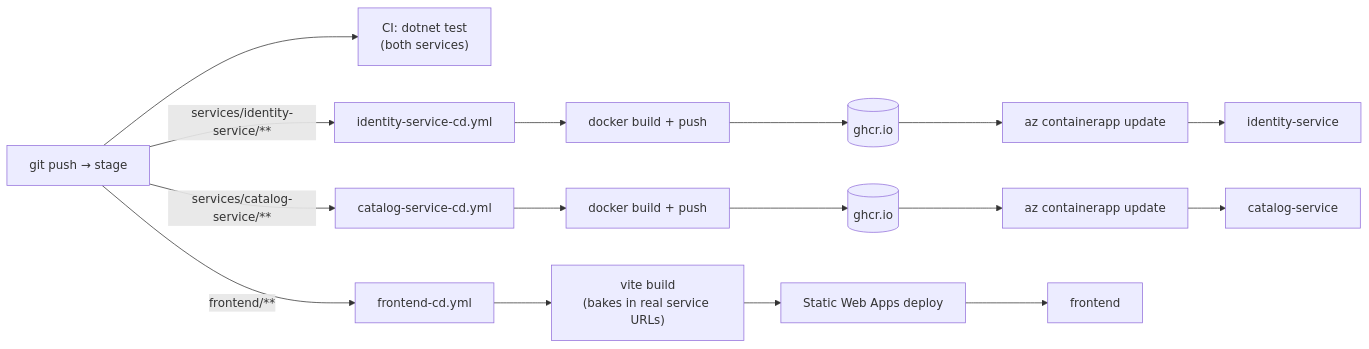
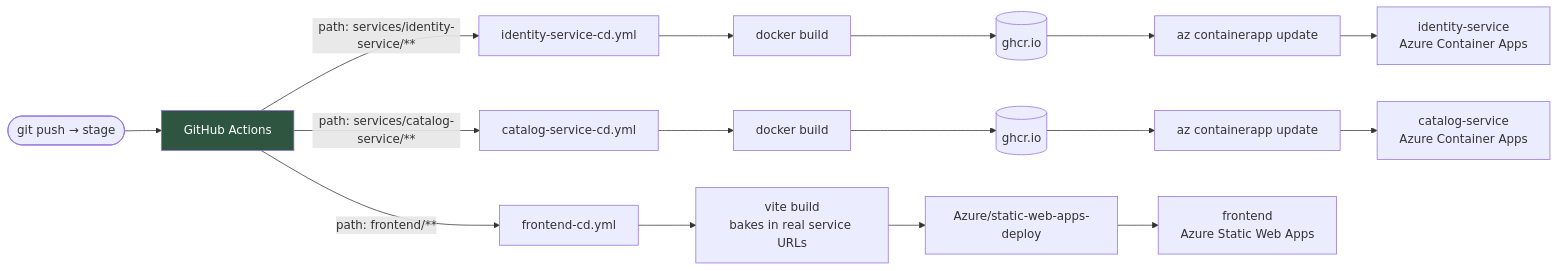
The fourth of 4 diagrams in PROJECT.md (RamishFatimaa/AcmeCatalog), drawn with Mermaid before and after one commit. The commit also changed other lines of this file, not shown here.

First line of the commit message:
Fix real inaccuracy in PROJECT.md's CI/CD documentation

````diff
--- a/PROJECT.md
+++ b/PROJECT.md
@@ -185,11 +233,14 @@
 ```mermaid
 flowchart LR
-    Push["git push → stage"] --> CI["CI: dotnet test<br/>(both services)"]
-    Push -->|"services/identity-service/**"| ICD["identity-service-cd.yml"]
-    Push -->|"services/catalog-service/**"| CCD["catalog-service-cd.yml"]
-    Push -->|"frontend/**"| FCD["frontend-cd.yml"]
+    Push(["git push → stage"]) --> GHA["GitHub Actions"]
 
-    ICD --> Build1["docker build + push"] --> GHCR1[("ghcr.io")] --> Deploy1["az containerapp update"] --> CA1["identity-service"]
-    CCD --> Build2["docker build + push"] --> GHCR2[("ghcr.io")] --> Deploy2["az containerapp update"] --> CA2["catalog-service"]
-    FCD --> Build3["vite build<br/>(bakes in real service URLs)"] --> Deploy3["Static Web Apps deploy"] --> SWA["frontend"]
+    GHA -->|"path: services/identity-service/**"| ICD["identity-service-cd.yml"]
+    GHA -->|"path: services/catalog-service/**"| CCD["catalog-service-cd.yml"]
+    GHA -->|"path: frontend/**"| FCD["frontend-cd.yml"]
+
+    ICD --> B1["docker build"] --> G1[("ghcr.io")] --> D1["az containerapp update"] --> R1["identity-service<br/>Azure Container Apps"]
+    CCD --> B2["docker build"] --> G2[("ghcr.io")] --> D2["az containerapp update"] --> R2["catalog-service<br/>Azure Container Apps"]
+    FCD --> B3["vite build<br/>bakes in real service URLs"] --> D3["Azure/static-web-apps-deploy"] --> R3["frontend<br/>Azure Static Web Apps"]
+
+    style GHA fill:#2d5540,color:#fff
 ```
````
